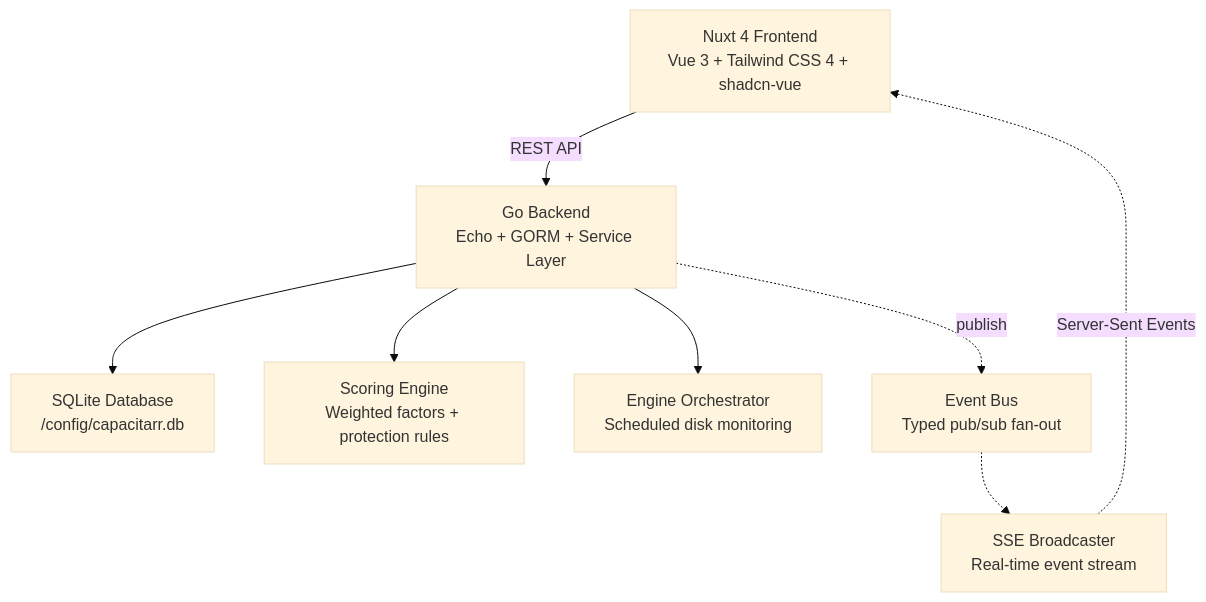
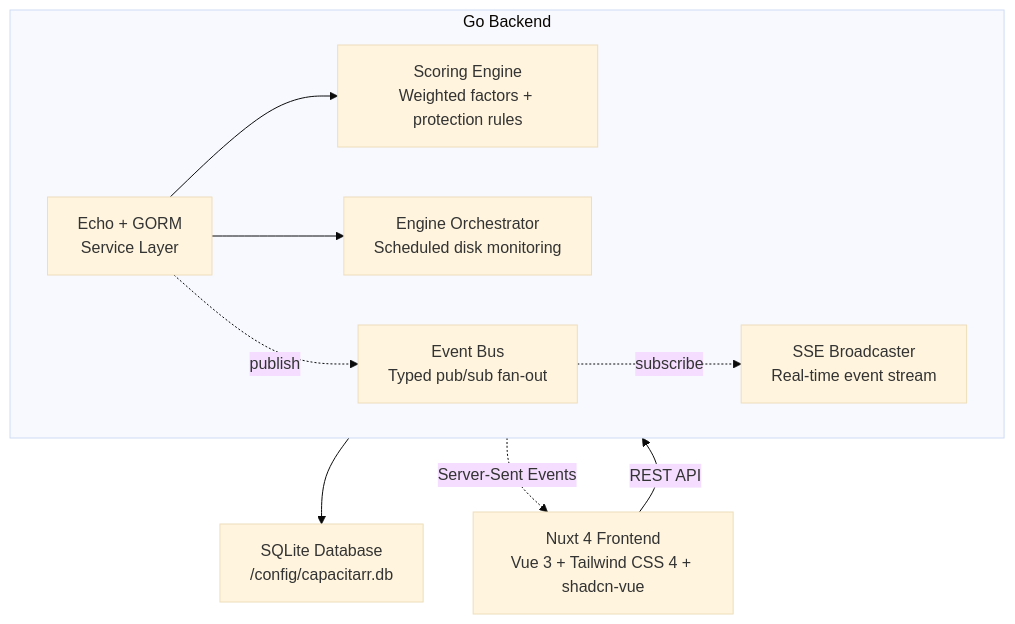
Before and after one commit to Wesleyl89/capacitarr: the first of 6 diagrams in docs/reference/architecture.md, drawn with Mermaid (base theme). The commit also changed other lines of this file and 50 other files, not shown here.

````diff
--- a/docs/reference/architecture.md
+++ b/docs/reference/architecture.md
@@ -11,18 +11,25 @@
 ```mermaid
-flowchart TD
+flowchart TB
     FRONTEND["Nuxt 4 Frontend<br/>Vue 3 + Tailwind CSS 4 + shadcn-vue"]
-    BACKEND["Go Backend<br/>Echo + GORM + Service Layer"]
+
+    subgraph GO_BACKEND["Go Backend"]
+        direction LR
+        BACKEND["Echo + GORM<br/>Service Layer"]
+        ENGINE["Scoring Engine<br/>Weighted factors + protection rules"]
+        POLLER["Engine Orchestrator<br/>Scheduled disk monitoring"]
+        EVENT_BUS["Event Bus<br/>Typed pub/sub fan-out"]
+        SSE["SSE Broadcaster<br/>Real-time event stream"]
+
+        BACKEND --> ENGINE
+        BACKEND --> POLLER
+        BACKEND -.->|"publish"| EVENT_BUS
+        EVENT_BUS -.->|"subscribe"| SSE
+    end
+
     DB["SQLite Database<br/>/config/capacitarr.db"]
-    ENGINE["Scoring Engine<br/>Weighted factors + protection rules"]
-    POLLER["Engine Orchestrator<br/>Scheduled disk monitoring"]
-    EVENT_BUS["Event Bus<br/>Typed pub/sub fan-out"]
-    SSE["SSE Broadcaster<br/>Real-time event stream"]
 
     FRONTEND -->|"REST API"| BACKEND
     BACKEND --> DB
-    BACKEND --> ENGINE
-    BACKEND --> POLLER
-    BACKEND -.->|"publish"| EVENT_BUS
-    EVENT_BUS -.-> SSE
     SSE -.->|"Server-Sent Events"| FRONTEND
+
 ```
````
